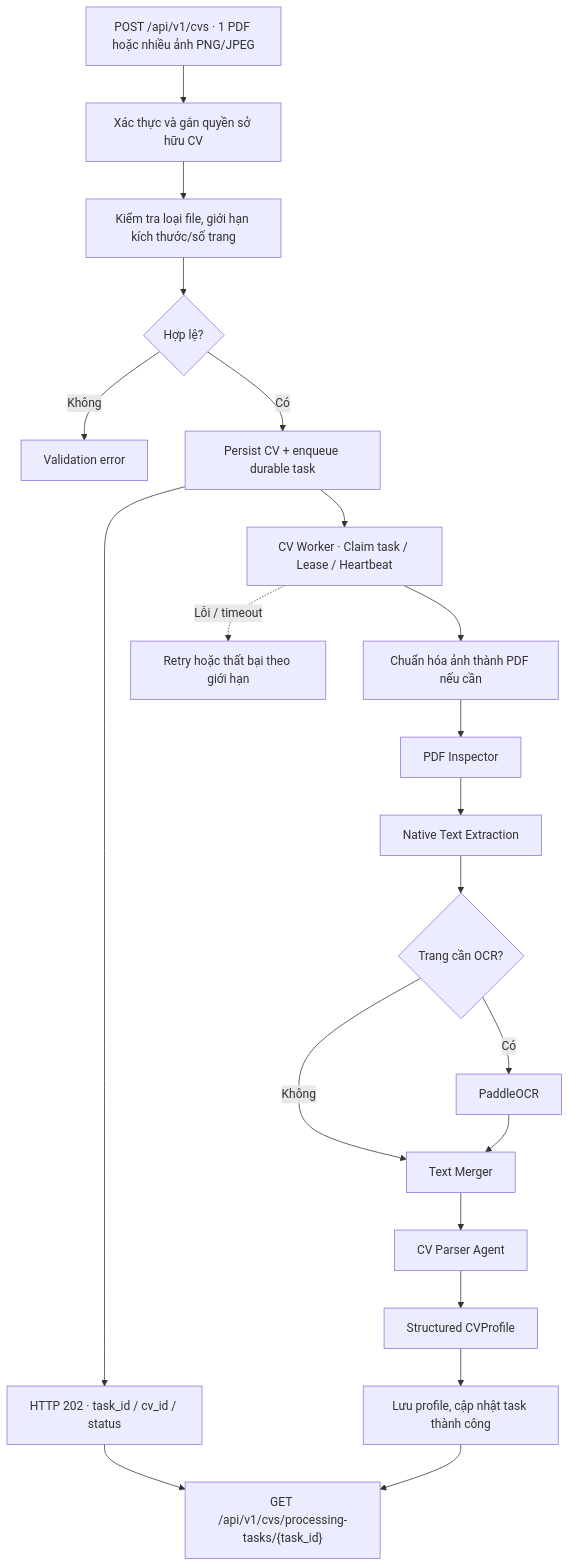
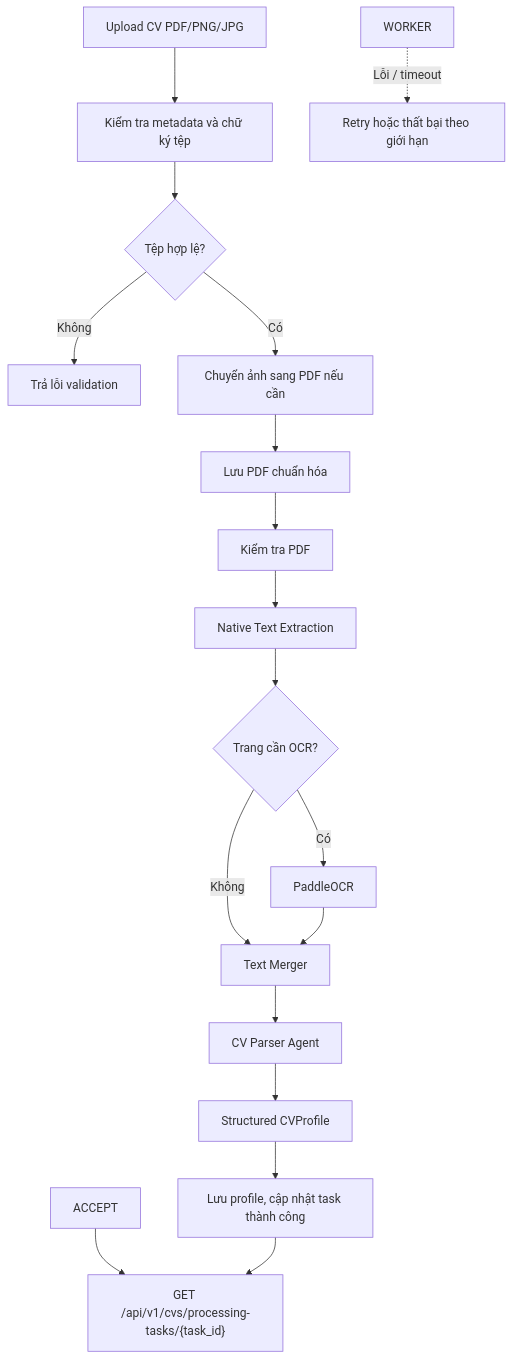
One commit to coderiukl/multi-agent-job-assistant changed the fourth of 7 diagrams in docs/architecture-as-is.md. Above: the diagram before and after it, drawn with Mermaid.

Commit message:
docs: update CV and job search documentation

````diff
--- a/docs/architecture-as-is.md
+++ b/docs/architecture-as-is.md
@@ -269,23 +269,22 @@
 ```mermaid
 flowchart TD
-    UPLOAD["POST /api/v1/cvs · 1 PDF hoặc nhiều ảnh PNG/JPEG"] --> OWNER["Xác thực và gắn quyền sở hữu CV"]
-    OWNER --> VALIDATE["Kiểm tra loại file, giới hạn kích thước/số trang"]
-    VALIDATE --> OK{"Hợp lệ?"}
-    OK -- "Không" --> ERROR["Validation error"]
-    OK -- "Có" --> QUEUE["Persist CV + enqueue durable task"]
-    QUEUE --> ACCEPT["HTTP 202 · task_id / cv_id / status"]
-    QUEUE --> WORKER["CV Worker · Claim task / Lease / Heartbeat"]
-    WORKER --> NORMALIZE["Chuẩn hóa ảnh thành PDF nếu cần"]
-    NORMALIZE --> INSPECT["PDF Inspector"]
+    UPLOAD["Upload CV PDF/PNG/JPG"] --> META["Kiểm tra metadata và chữ ký tệp"]
+    META --> FILE{"Tệp hợp lệ?"}
+
+    FILE -- "Không" --> ERROR["Trả lỗi validation"]
+    FILE -- "Có" --> NORMALIZE["Chuyển ảnh sang PDF nếu cần"]
+    NORMALIZE --> STORE["Lưu PDF chuẩn hóa"]
+
+    STORE --> INSPECT["Kiểm tra PDF"]
     INSPECT --> NATIVE["Native Text Extraction"]
     NATIVE --> OCRQ{"Trang cần OCR?"}
     OCRQ -- "Có" --> OCR["PaddleOCR"]
     OCRQ -- "Không" --> MERGE["Text Merger"]
     OCR --> MERGE
     MERGE --> PARSER["CV Parser Agent"]
     PARSER --> PROFILE["Structured CVProfile"]
     PROFILE --> SAVE["Lưu profile, cập nhật task thành công"]
     WORKER -. "Lỗi / timeout" .-> RETRY["Retry hoặc thất bại theo giới hạn"]
     ACCEPT --> POLL["GET /api/v1/cvs/processing-tasks/{task_id}"]
     SAVE --> POLL
 ```
````
